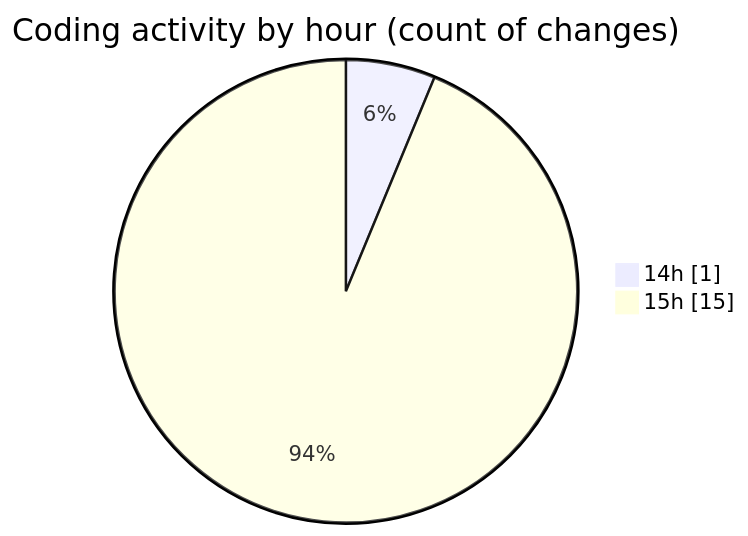
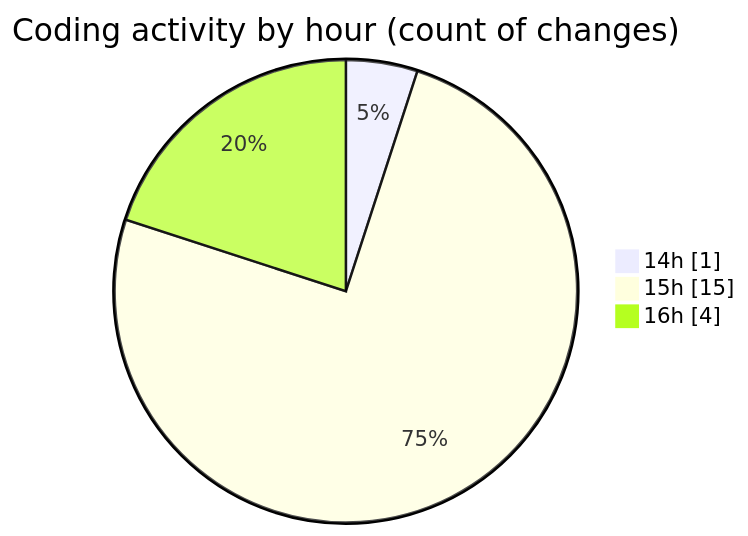
The second of 2 diagrams in 2026-07-01/wp-content/README.md (debugP/code-tracking), drawn with Mermaid before and after one commit. The commit also changed other lines of this file and 1 other file, not shown here.

````diff
--- a/2026-07-01/wp-content/README.md
+++ b/2026-07-01/wp-content/README.md
@@ -36,6 +40,7 @@
 ```mermaid
 pie showData
 title Coding activity by hour (count of changes)
 "14h" : 1
 "15h" : 15
+"16h" : 4
 ```
````
